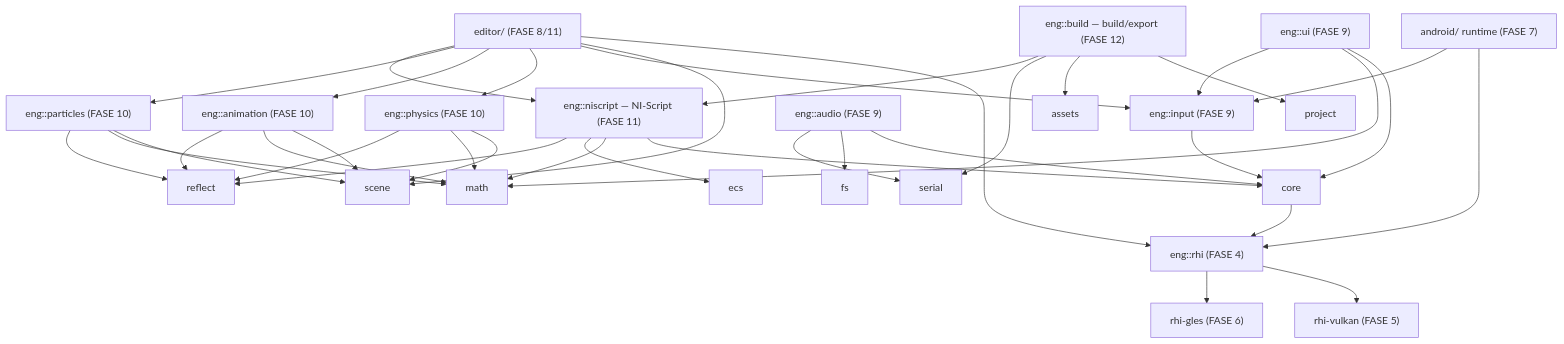
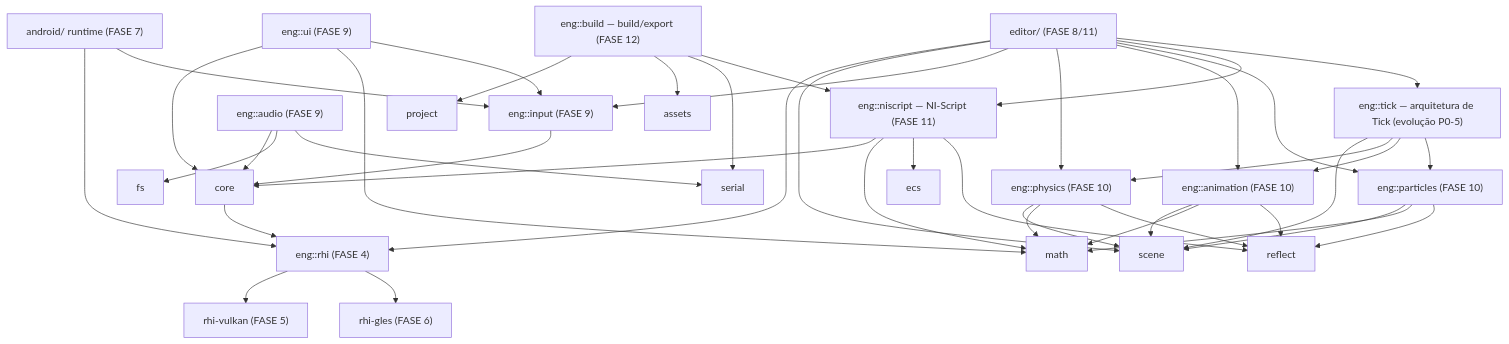
The second of 2 diagrams in docs/architecture/00-overview.md (criandojogodenovo-sketch/g.oni), drawn with Mermaid before and after one commit. The commit also changed other lines of this file and 34 other files, not shown here.

````diff
--- a/docs/architecture/00-overview.md
+++ b/docs/architecture/00-overview.md
@@ -109,16 +110,18 @@
 ```mermaid
 graph TD
     core --> rhi["eng::rhi (FASE 4)"]
     rhi --> rhi_vulkan["rhi-vulkan (FASE 5)"]
     rhi --> rhi_gl["rhi-gles (FASE 6)"]
     android["android/ runtime (FASE 7)"] --> rhi & input
     editor["editor/ (FASE 8/11)"] --> rhi & scene & input & physics & animation & particles & niscript
     input["eng::input (FASE 9)"] --> core
     ui["eng::ui (FASE 9)"] --> core & math & input
     audio["eng::audio (FASE 9)"] --> core & fs & serial
     physics["eng::physics (FASE 10)"] --> scene & math & reflect
     animation["eng::animation (FASE 10)"] --> scene & math & reflect
     particles["eng::particles (FASE 10)"] --> scene & math & reflect
     niscript["eng::niscript — NI-Script (FASE 11)"] --> core & math & ecs & reflect
     build["eng::build — build/export (FASE 12)"] --> project & assets & serial & niscript
+    tick["eng::tick — arquitetura de Tick (evolução P0-5)"] --> scene & physics & animation & particles
+    editor --> tick
 ```
````
